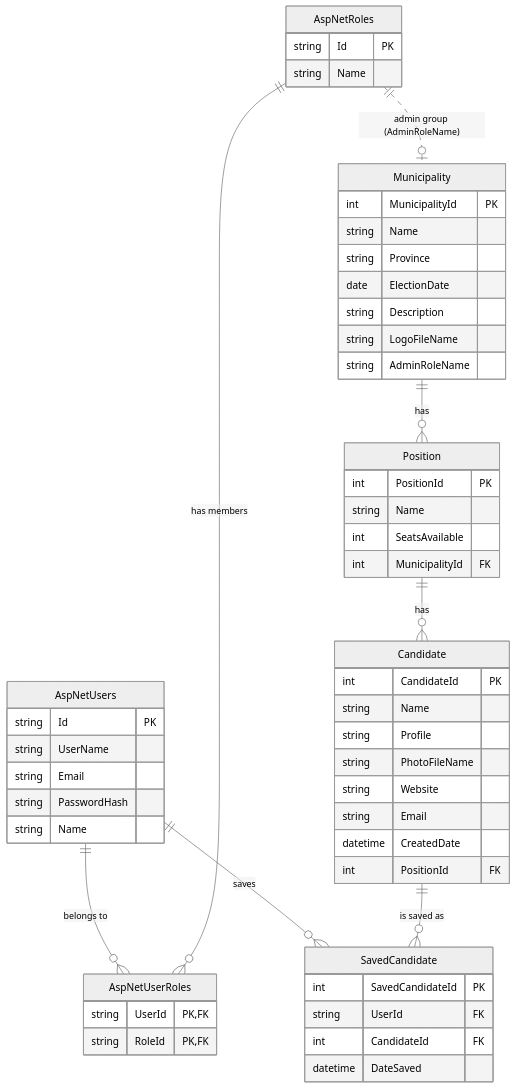
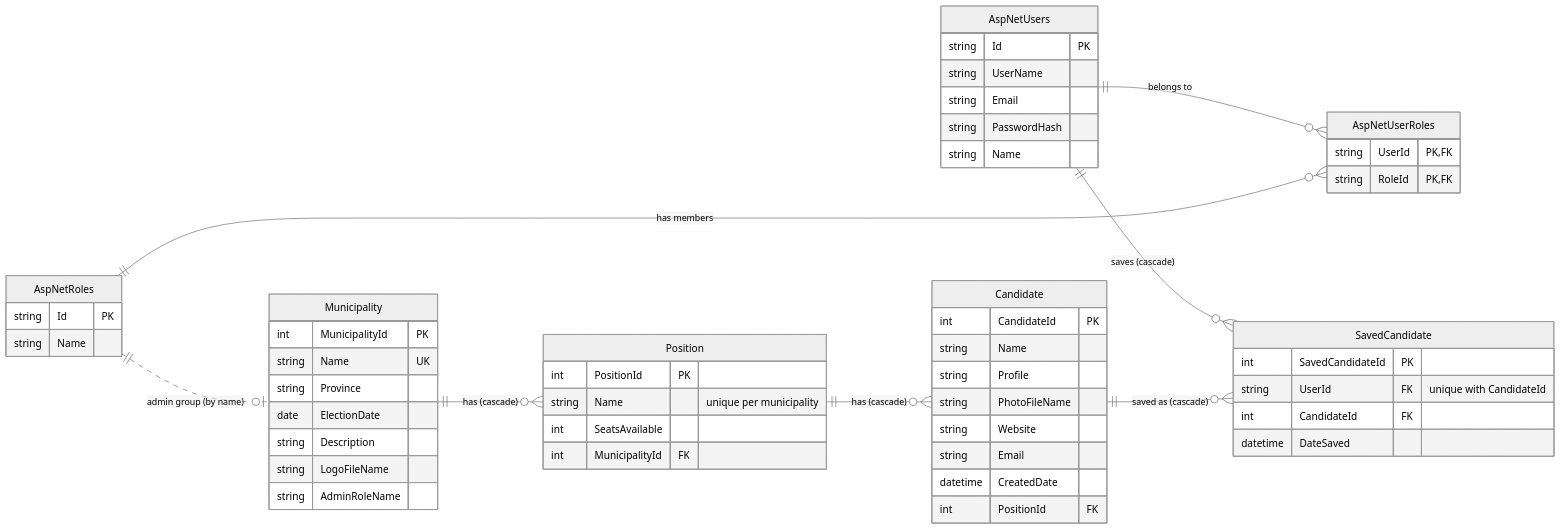
One commit to mskim9097/comp4976_assignment1 changed the diagram in docs/erd.mmd. Above: the diagram before and after it, drawn with Mermaid (neutral theme). The commit also changed 11 other files, not shown here.

Commit message:
Remove unused default Identity pages and template leftovers; horizontal ERD

```diff
--- a/docs/erd.mmd
+++ b/docs/erd.mmd
@@ -1,55 +1,55 @@
 erDiagram
+    direction LR
     AspNetUsers {
         string Id PK
         string UserName
         string Email
         string PasswordHash
         string Name
     }
+    AspNetUserRoles {
+        string UserId PK, FK
+        string RoleId PK, FK
+    }
     AspNetRoles {
         string Id PK
         string Name
     }
-    AspNetUserRoles {
-        string UserId PK, FK
-        string RoleId PK, FK
-    }
     Municipality {
         int MunicipalityId PK
-        string Name
+        string Name UK
         string Province
         date ElectionDate
         string Description
         string LogoFileName
         string AdminRoleName
     }
     Position {
         int PositionId PK
-        string Name
+        string Name "unique per municipality"
         int SeatsAvailable
         int MunicipalityId FK
     }
     Candidate {
         int CandidateId PK
         string Name
         string Profile
         string PhotoFileName
         string Website
         string Email
         datetime CreatedDate
         int PositionId FK
     }
     SavedCandidate {
         int SavedCandidateId PK
-        string UserId FK
+        string UserId FK "unique with CandidateId"
         int CandidateId FK
         datetime DateSaved
     }
-
     AspNetUsers ||--o{ AspNetUserRoles : "belongs to"
     AspNetRoles ||--o{ AspNetUserRoles : "has members"
-    AspNetRoles ||..o| Municipality : "admin group (AdminRoleName)"
-    Municipality ||--o{ Position : "has"
-    Position ||--o{ Candidate : "has"
-    AspNetUsers ||--o{ SavedCandidate : "saves"
-    Candidate ||--o{ SavedCandidate : "is saved as"
+    AspNetRoles ||..o| Municipality : "admin group (by name)"
+    Municipality ||--o{ Position : "has (cascade)"
+    Position ||--o{ Candidate : "has (cascade)"
+    AspNetUsers ||--o{ SavedCandidate : "saves (cascade)"
+    Candidate ||--o{ SavedCandidate : "saved as (cascade)"
```
